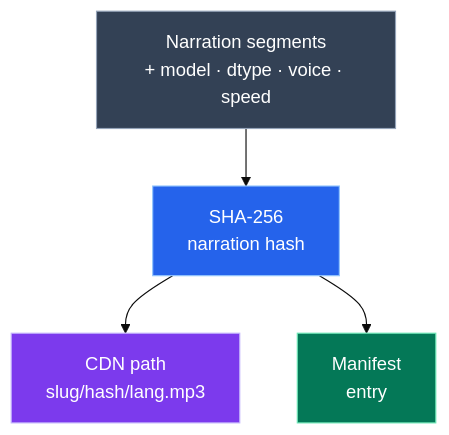
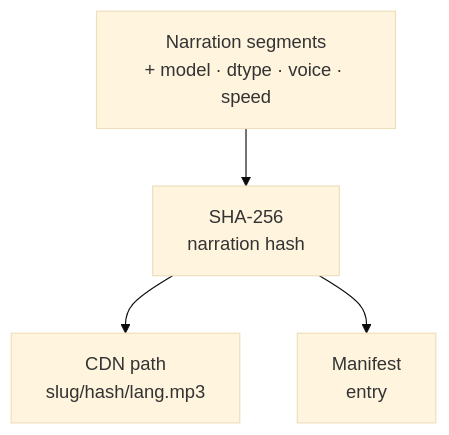
The third of 7 diagrams in src/content/blog/blog-audio-player.md (g-savitha/gsavitha.in), drawn with Mermaid (base theme) before and after one commit. The commit also changed other lines of this file and 5 other files, not shown here.

Commit message:
Mermaid: move every post colour into one PALETTE; posts use named classes only

````diff
--- a/src/content/blog/blog-audio-player.md
+++ b/src/content/blog/blog-audio-player.md
@@ -235,11 +222,6 @@
 ```mermaid
 flowchart TD
-    INPUTS["Narration segments\n+ model · dtype · voice · speed"]:::content --> HASH["SHA-256\nnarration hash"]:::primary
-    HASH --> URL["CDN path\nslug/hash/lang.mp3"]:::accent
-    HASH --> ENTRY["Manifest\nentry"]:::success
-
-    classDef primary fill:#2563eb,stroke:#93c5fd,color:#ffffff
-    classDef accent fill:#7c3aed,stroke:#c4b5fd,color:#ffffff
-    classDef success fill:#047857,stroke:#6ee7b7,color:#ffffff
-    classDef content fill:#334155,stroke:#94a3b8,color:#ffffff
+    INPUTS["Narration segments\n+ model · dtype · voice · speed"]:::content --> HASH["SHA-256\nnarration hash"]:::royal
+    HASH --> URL["CDN path\nslug/hash/lang.mp3"]:::violet
+    HASH --> ENTRY["Manifest\nentry"]:::emerald
 ```
````
